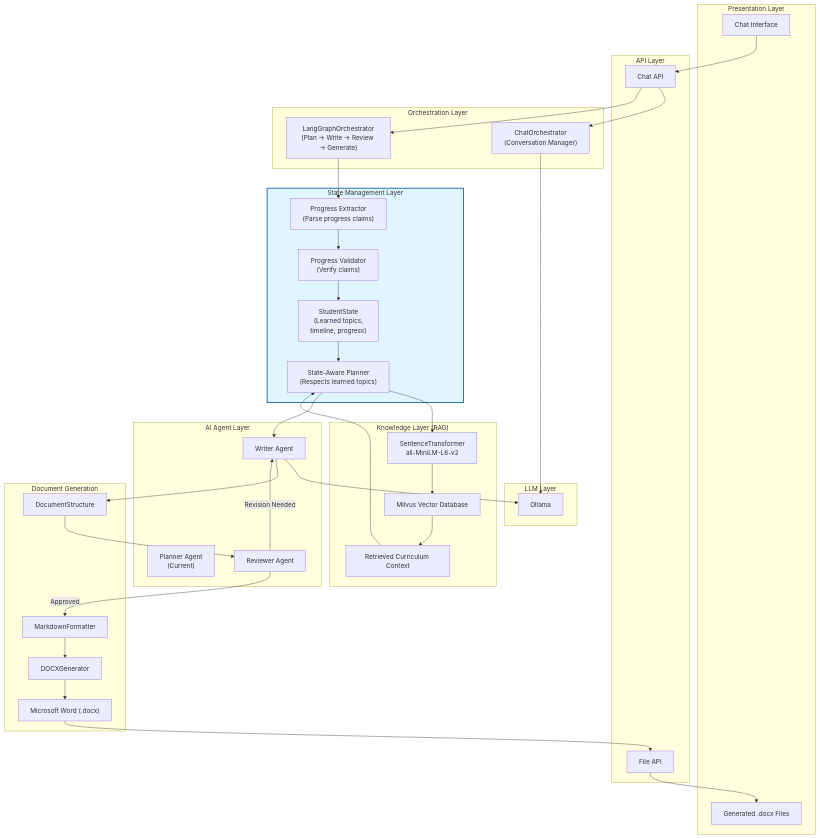
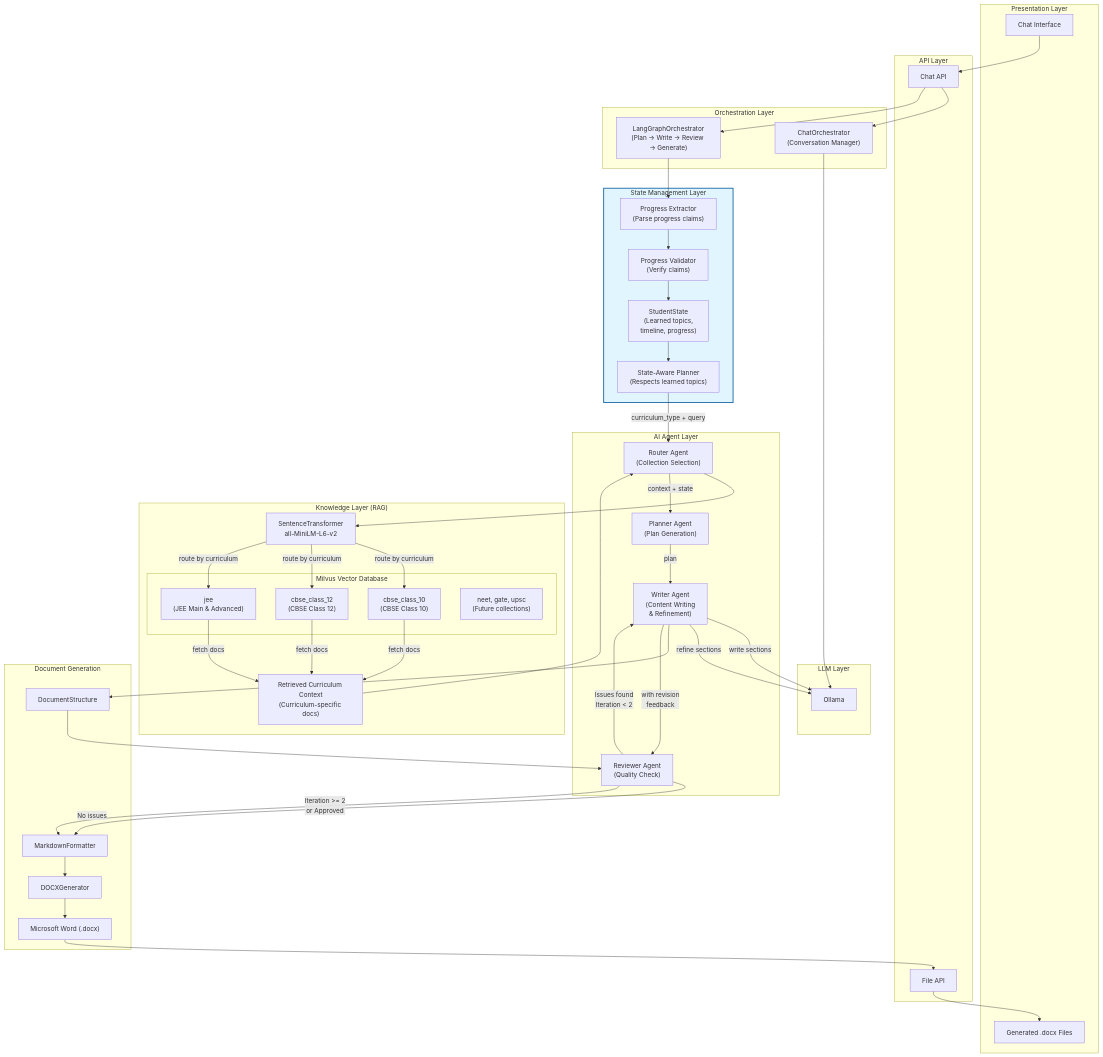
Before and after one commit to mohammed1916/RAGmultiAgentRevisableDocGenerator: the diagram in docs/diagrams/ARCHITECTURE.mermaid, drawn with Mermaid. The commit also changed 2 other files, not shown here.

Commit message:
architecture updates

```diff
--- a/docs/diagrams/ARCHITECTURE.mermaid
+++ b/docs/diagrams/ARCHITECTURE.mermaid
@@ -1,112 +1,128 @@
 graph TB
 
 %% =========================
 %% Presentation Layer
 %% =========================
 subgraph Presentation["Presentation Layer"]
     UI["Chat Interface"]
     Files["Generated .docx Files"]
 end
 
 %% =========================
 %% API Layer
 %% =========================
 subgraph API["API Layer"]
     ChatAPI["Chat API"]
     FileAPI["File API"]
 end
 
 %% =========================
 %% Orchestration Layer
 %% =========================
 subgraph Orch["Orchestration Layer"]
     ChatOrch["ChatOrchestrator<br/>(Conversation Manager)"]
     LangGraph["LangGraphOrchestrator<br/>(Plan → Write → Review → Generate)"]
 end
 
 %% =========================
 %% AI Agents
 %% =========================
 subgraph Agents["AI Agent Layer"]
-    Planner["Planner Agent<br/>(Current)"]
-    Writer["Writer Agent"]
-    Reviewer["Reviewer Agent"]
+    Router["Router Agent<br/>(Collection Selection)"]
+    Planner["Planner Agent<br/>(Plan Generation)"]
+    Writer["Writer Agent<br/>(Content Writing<br/>& Refinement)"]
+    Reviewer["Reviewer Agent<br/>(Quality Check)"]
 end
 
 %% =========================
 %% Knowledge Layer
 %% =========================
 subgraph Knowledge["Knowledge Layer (RAG)"]
     Embed["SentenceTransformer<br/>all-MiniLM-L6-v2"]
-    Milvus["Milvus Vector Database"]
-    Context["Retrieved Curriculum Context"]
+    subgraph MilvusCollections["Milvus Vector Database"]
+        Col10["cbse_class_10<br/>(CBSE Class 10)"]
+        Col12["cbse_class_12<br/>(CBSE Class 12)"]
+        ColJEE["jee<br/>(JEE Main & Advanced)"]
+        ColOther["neet, gate, upsc<br/>(Future collections)"]
+    end
+    Context["Retrieved Curriculum Context<br/>(Curriculum-specific docs)"]
 end
 
 %% =========================
 %% LLM Layer
 %% =========================
 subgraph LLM["LLM Layer"]
     Ollama["Ollama"]
 end
 
 %% =========================
 %% Document Generation
 %% =========================
 subgraph Docs["Document Generation"]
     Structure["DocumentStructure"]
     Markdown["MarkdownFormatter"]
     DOCX["DOCXGenerator"]
     Word["Microsoft Word (.docx)"]
 end
 
 %% =========================
 %% State Management Layer
 %% =========================
 subgraph StateManagement["State Management Layer"]
     Extractor["Progress Extractor<br/>(Parse progress claims)"]
     Validator["Progress Validator<br/>(Verify claims)"]
     State["StudentState<br/>(Learned topics,<br/>timeline, progress)"]
     SAP["State-Aware Planner<br/>(Respects learned topics)"]
 end
 
 %% =========================
 %% Flow
 %% =========================
 
 UI --> ChatAPI
 
 ChatAPI --> ChatOrch
 ChatAPI --> LangGraph
 
 ChatOrch --> Ollama
 
 %% State extraction and management
 LangGraph --> Extractor
 Extractor --> Validator
 Validator --> State
 State --> SAP
 
-%% Planning with state awareness
-SAP --> Embed
-Embed --> Milvus
-Milvus --> Context
-Context --> SAP
+%% Planning with state awareness + document retrieval
+SAP -->|curriculum_type + query| Router
+Router --> Embed
+Embed -->|route by curriculum| Col10
+Embed -->|route by curriculum| Col12
+Embed -->|route by curriculum| ColJEE
+Col10 -->|fetch docs| Context
+Col12 -->|fetch docs| Context
+ColJEE -->|fetch docs| Context
+Context --> Router
 
-SAP --> Writer
+Router -->|context + state| Planner
 
-Writer --> Ollama
+Planner -->|plan| Writer
+
+Writer -->|write sections| Ollama
+Writer -->|refine sections| Ollama
 
 Writer --> Structure
 
 Structure --> Reviewer
 
-Reviewer -->|Approved| Markdown
-Reviewer -->|Revision Needed| Writer
+Reviewer -->|No issues| Markdown
+Reviewer -->|Issues found<br/>Iteration < 2| Writer
+Writer -->|with revision<br/>feedback| Reviewer
+Reviewer -->|Iteration >= 2<br/>or Approved| Markdown
 
 Markdown --> DOCX
 DOCX --> Word
 
 Word --> FileAPI
 FileAPI --> Files
 
 style StateManagement fill:#e1f5ff,stroke:#01579b,stroke-width:2px
```
